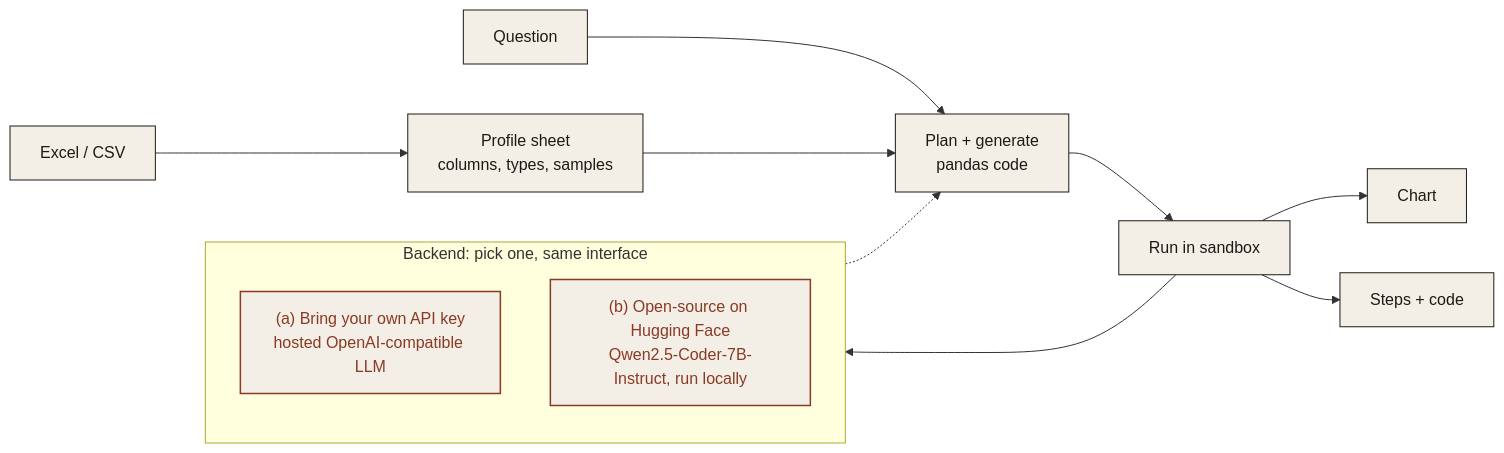
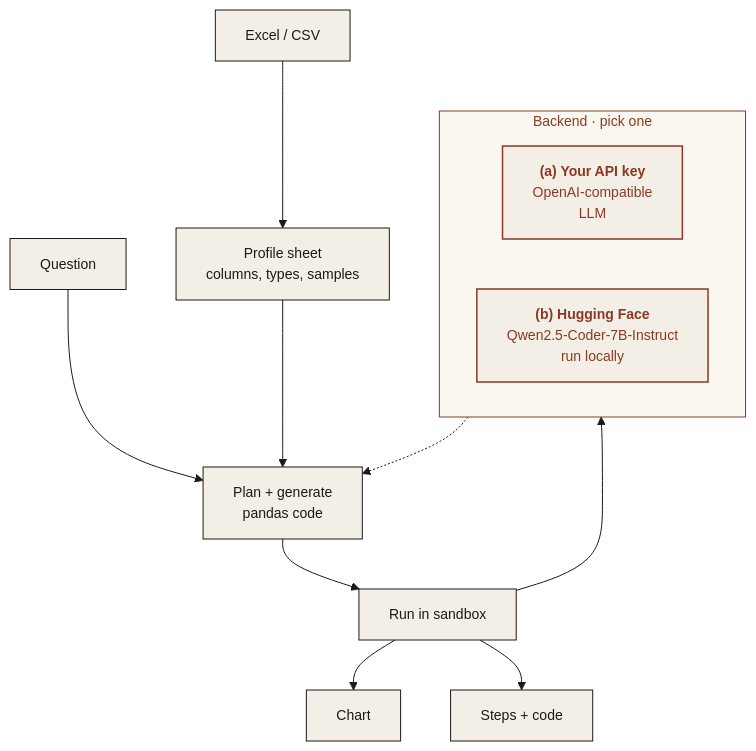
The diagram in README.md (ModelShifts/table-qa), drawn with Mermaid before and after one commit.

Commit message:
Tidy architecture diagram layout and theme

````diff
--- a/README.md
+++ b/README.md
@@ -28,19 +28,21 @@
 ```mermaid
-flowchart LR
+%%{init: {"theme":"base","flowchart":{"curve":"basis","wrappingWidth":260},"themeVariables":{"fontFamily":"Georgia, Times New Roman, serif","fontSize":"14px","primaryColor":"#f3efe6","primaryTextColor":"#1c1a17","primaryBorderColor":"#1c1a17","lineColor":"#1c1a17","clusterBkg":"#faf7f0","clusterBorder":"#8a3a24","titleColor":"#8a3a24","edgeLabelBackground":"#f3efe6"}}}%%
+flowchart TB
   F["Excel / CSV"]:::ink --> P["Profile sheet<br/>columns, types, samples"]:::ink
   Q["Question"]:::ink --> G
   P --> G["Plan + generate<br/>pandas code"]:::ink
   G --> X["Run in sandbox"]:::ink
   X --> A["Answer"]:::ink
   X --> C["Chart"]:::ink
   X --> ST["Steps + code"]:::ink
-  subgraph BK["Backend: pick one, same interface"]
-    direction TB
-    A["(a) Bring your own API key<br/>hosted OpenAI-compatible LLM"]:::rust
-    H["(b) Open-source on Hugging Face<br/>Qwen2.5-Coder-7B-Instruct, run locally"]:::rust
+  subgraph BK["Backend · pick one"]
+    direction LR
+    A["<b>(a) Your API key</b><br/>OpenAI-compatible<br/>LLM"]:::rust
+    H["<b>(b) Hugging Face</b><br/>Qwen2.5-Coder-7B-Instruct<br/>run locally"]:::rust
   end
   BK -.-> G
 
+  classDef cl fill:#faf7f0,stroke:#8a3a24,stroke-dasharray:4 3,color:#8a3a24;
   classDef ink fill:#f3efe6,stroke:#1c1a17,color:#1c1a17,stroke-width:1px;
   classDef rust fill:#f3efe6,stroke:#8a3a24,color:#8a3a24,stroke-width:1.5px;
 ```
````
